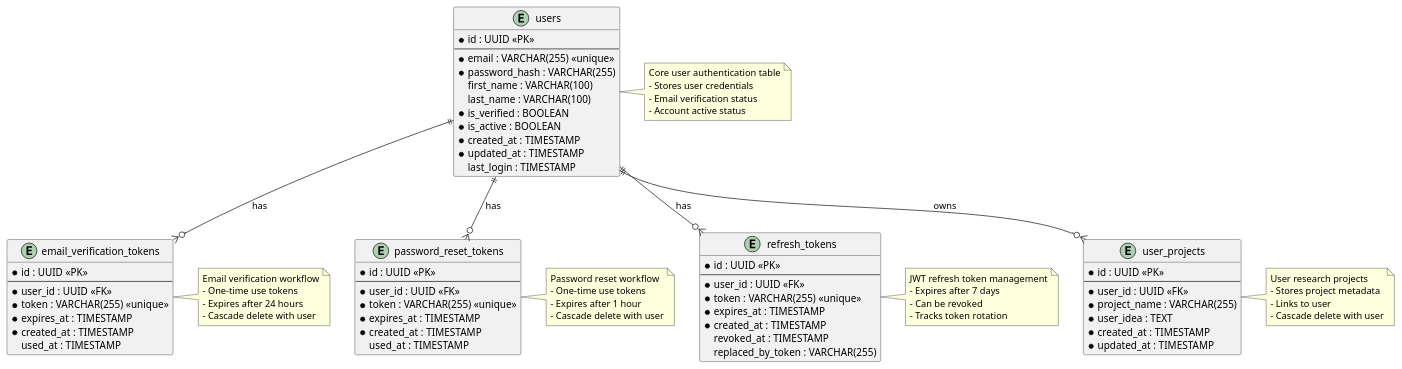
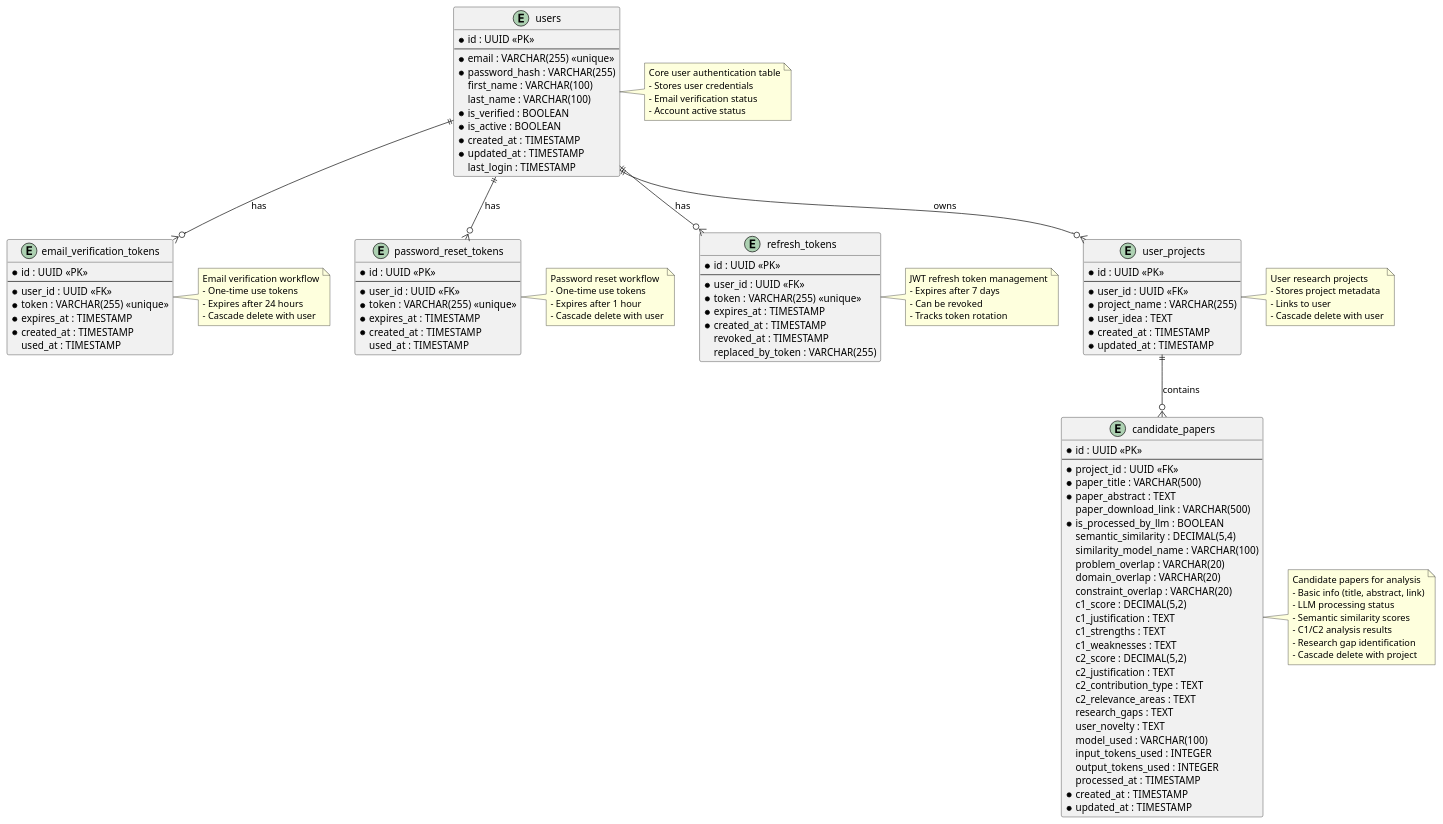
The diagram in documentation/diagrams/database-er-diagram.puml (BidyutSaha/AgentR), drawn with PlantUML before and after one commit. The commit also changed 4 other files, not shown here.

First line of the commit message:
docs: update ER diagram and database docs for candidate_papers (POST-IMPLEMENTATION CHECKLIST)

```diff
--- a/documentation/diagrams/database-er-diagram.puml
+++ b/documentation/diagrams/database-er-diagram.puml
@@ -1,111 +1,153 @@
 @startuml database-er-diagram
 
 ' ============================================================================
 ' Literature Review System - Database ER Diagram
 ' ============================================================================
 ' This diagram shows all database tables and their relationships
 ' Last Updated: 2025-12-31
 ' ============================================================================
 
 ' Entity definitions
 
 entity "users" as users {
   * id : UUID <<PK>>
   --
   * email : VARCHAR(255) <<unique>>
   * password_hash : VARCHAR(255)
   first_name : VARCHAR(100)
   last_name : VARCHAR(100)
   * is_verified : BOOLEAN
   * is_active : BOOLEAN
   * created_at : TIMESTAMP
   * updated_at : TIMESTAMP
   last_login : TIMESTAMP
 }
 
 entity "email_verification_tokens" as email_tokens {
   * id : UUID <<PK>>
   --
   * user_id : UUID <<FK>>
   * token : VARCHAR(255) <<unique>>
   * expires_at : TIMESTAMP
   * created_at : TIMESTAMP
   used_at : TIMESTAMP
 }
 
 entity "password_reset_tokens" as password_tokens {
   * id : UUID <<PK>>
   --
   * user_id : UUID <<FK>>
   * token : VARCHAR(255) <<unique>>
   * expires_at : TIMESTAMP
   * created_at : TIMESTAMP
   used_at : TIMESTAMP
 }
 
 entity "refresh_tokens" as refresh_tokens {
   * id : UUID <<PK>>
   --
   * user_id : UUID <<FK>>
   * token : VARCHAR(255) <<unique>>
   * expires_at : TIMESTAMP
   * created_at : TIMESTAMP
   revoked_at : TIMESTAMP
   replaced_by_token : VARCHAR(255)
 }
 
 entity "user_projects" as projects {
   * id : UUID <<PK>>
   --
   * user_id : UUID <<FK>>
   * project_name : VARCHAR(255)
   * user_idea : TEXT
   * created_at : TIMESTAMP
   * updated_at : TIMESTAMP
 }
 
+entity "candidate_papers" as papers {
+  * id : UUID <<PK>>
+  --
+  * project_id : UUID <<FK>>
+  * paper_title : VARCHAR(500)
+  * paper_abstract : TEXT
+  paper_download_link : VARCHAR(500)
+  * is_processed_by_llm : BOOLEAN
+  semantic_similarity : DECIMAL(5,4)
+  similarity_model_name : VARCHAR(100)
+  problem_overlap : VARCHAR(20)
+  domain_overlap : VARCHAR(20)
+  constraint_overlap : VARCHAR(20)
+  c1_score : DECIMAL(5,2)
+  c1_justification : TEXT
+  c1_strengths : TEXT
+  c1_weaknesses : TEXT
+  c2_score : DECIMAL(5,2)
+  c2_justification : TEXT
+  c2_contribution_type : TEXT
+  c2_relevance_areas : TEXT
+  research_gaps : TEXT
+  user_novelty : TEXT
+  model_used : VARCHAR(100)
+  input_tokens_used : INTEGER
+  output_tokens_used : INTEGER
+  processed_at : TIMESTAMP
+  * created_at : TIMESTAMP
+  * updated_at : TIMESTAMP
+}
+
 ' Relationships
 
 users ||--o{ email_tokens : "has"
 users ||--o{ password_tokens : "has"
 users ||--o{ refresh_tokens : "has"
 users ||--o{ projects : "owns"
+projects ||--o{ papers : "contains"
 
 ' Notes
 
 note right of users
   Core user authentication table
   - Stores user credentials
   - Email verification status
   - Account active status
 end note
 
 note right of email_tokens
   Email verification workflow
   - One-time use tokens
   - Expires after 24 hours
   - Cascade delete with user
 end note
 
 note right of password_tokens
   Password reset workflow
   - One-time use tokens
   - Expires after 1 hour
   - Cascade delete with user
 end note
 
 note right of refresh_tokens
   JWT refresh token management
   - Expires after 7 days
   - Can be revoked
   - Tracks token rotation
 end note
 
 note right of projects
   User research projects
   - Stores project metadata
   - Links to user
   - Cascade delete with user
 end note
 
+note right of papers
+  Candidate papers for analysis
+  - Basic info (title, abstract, link)
+  - LLM processing status
+  - Semantic similarity scores
+  - C1/C2 analysis results
+  - Research gap identification
+  - Cascade delete with project
+end note
+
 @enduml
```
